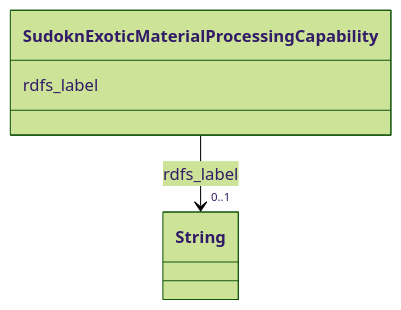
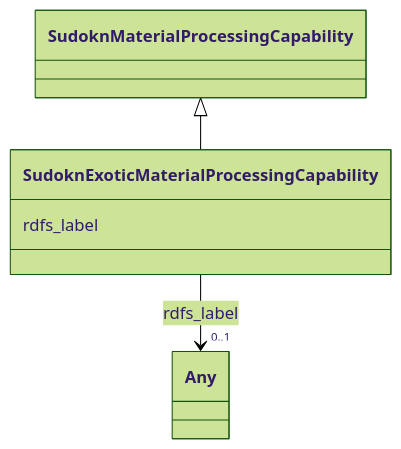
One commit to frink-okn/graph-descriptions changed the diagram in sudokn-kg/classes/SudoknExoticMaterialProcessingCapability.md. Above: the diagram before and after it, drawn with Mermaid (forest theme). The commit also changed other lines of this file and 903 other files, not shown here.

````diff
--- a/sudokn-kg/classes/SudoknExoticMaterialProcessingCapability.md
+++ b/sudokn-kg/classes/SudoknExoticMaterialProcessingCapability.md
@@ -23,15 +18,18 @@
 ```mermaid
  classDiagram
     class SudoknExoticMaterialProcessingCapability
     click SudoknExoticMaterialProcessingCapability href "../SudoknExoticMaterialProcessingCapability"
+      SudoknMaterialProcessingCapability <|-- SudoknExoticMaterialProcessingCapability
+        click SudoknMaterialProcessingCapability href "../SudoknMaterialProcessingCapability"
+      
       SudoknExoticMaterialProcessingCapability : rdfs_label
         
           
     
     
-    SudoknExoticMaterialProcessingCapability --> "0..1" String : rdfs_label
-    click String href "../String"
+    SudoknExoticMaterialProcessingCapability --> "0..1" Any : rdfs_label
+    click Any href "../Any"
 
         
       
 ```
````
